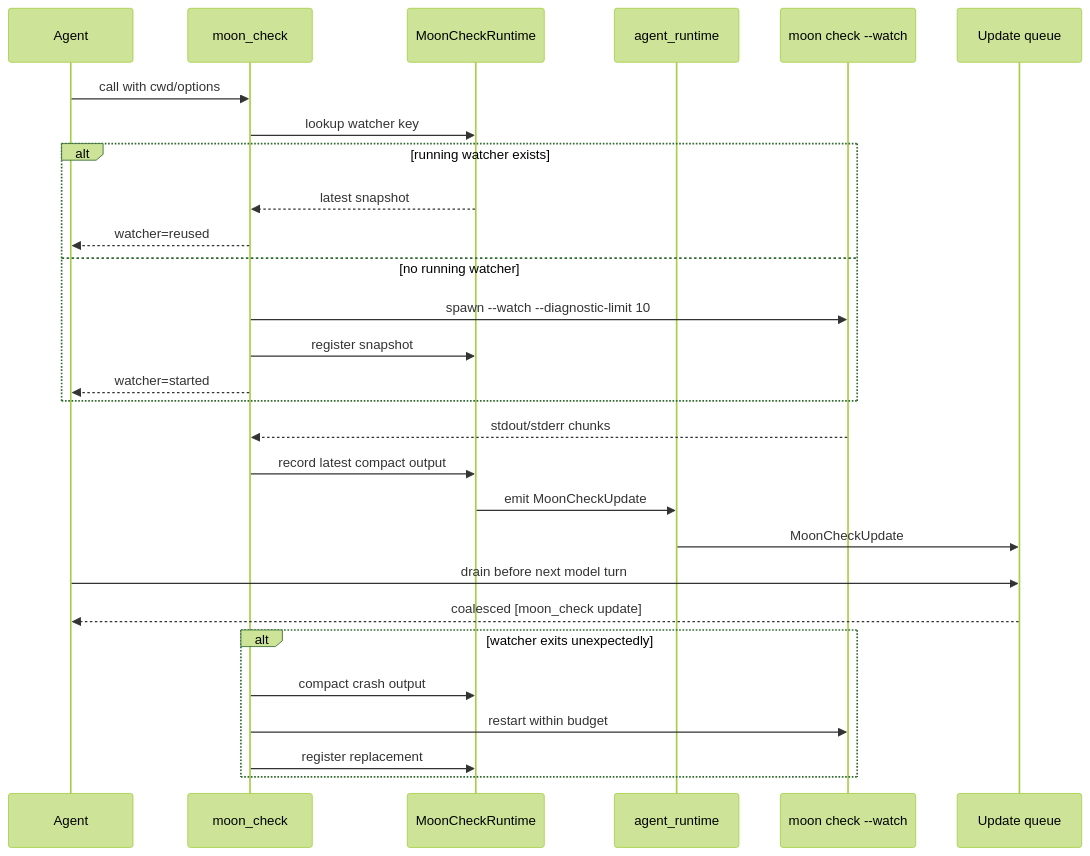
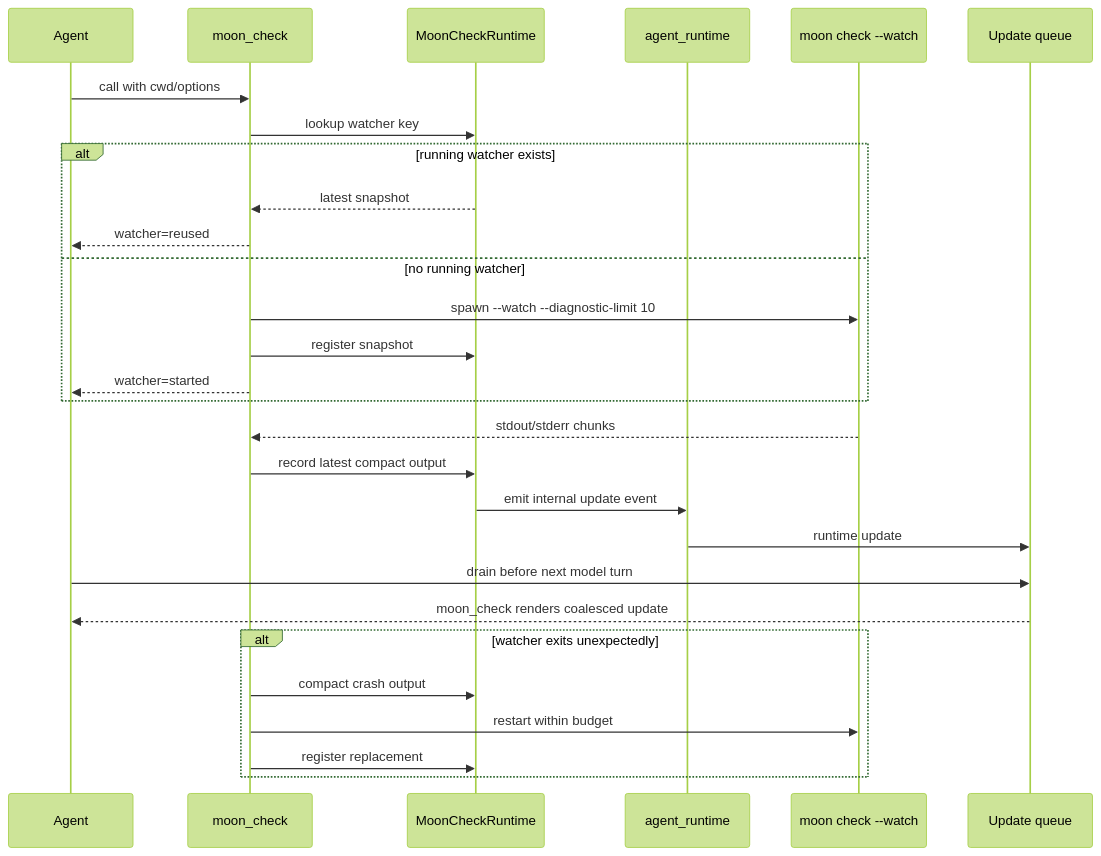
Before and after one commit to vectie/openseek: the diagram in agent_tool/moon_check/README.mbt.md, drawn with Mermaid (forest theme). The commit also changed 5 other files, not shown here.

Commit message:
Hide moon_check runtime event internals

````diff
--- a/agent_tool/moon_check/README.mbt.md
+++ b/agent_tool/moon_check/README.mbt.md
@@ -30,31 +30,31 @@
 ```mermaid
 sequenceDiagram
   participant Agent
   participant Tool as moon_check
   participant State as MoonCheckRuntime
   participant Runtime as agent_runtime
   participant Watcher as moon check --watch
   participant Queue as Update queue
 
   Agent->>Tool: call with cwd/options
   Tool->>State: lookup watcher key
   alt running watcher exists
     State-->>Tool: latest snapshot
     Tool-->>Agent: watcher=reused
   else no running watcher
     Tool->>Watcher: spawn --watch --diagnostic-limit 10
     Tool->>State: register snapshot
     Tool-->>Agent: watcher=started
   end
   Watcher-->>Tool: stdout/stderr chunks
   Tool->>State: record latest compact output
-  State->>Runtime: emit MoonCheckUpdate
-  Runtime->>Queue: MoonCheckUpdate
+  State->>Runtime: emit internal update event
+  Runtime->>Queue: runtime update
   Agent->>Queue: drain before next model turn
-  Queue-->>Agent: coalesced [moon_check update]
+  Queue-->>Agent: moon_check renders coalesced update
   alt watcher exits unexpectedly
     Tool->>State: compact crash output
     Tool->>Watcher: restart within budget
     Tool->>State: register replacement
   end
 ```
````
